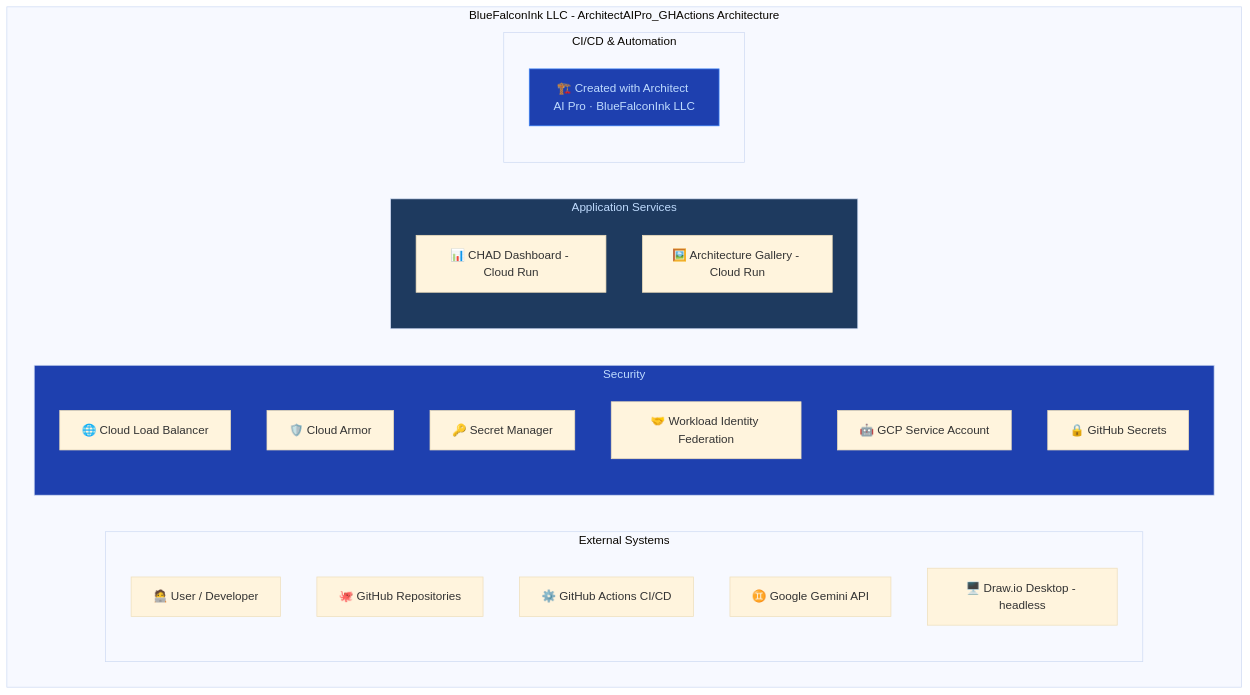
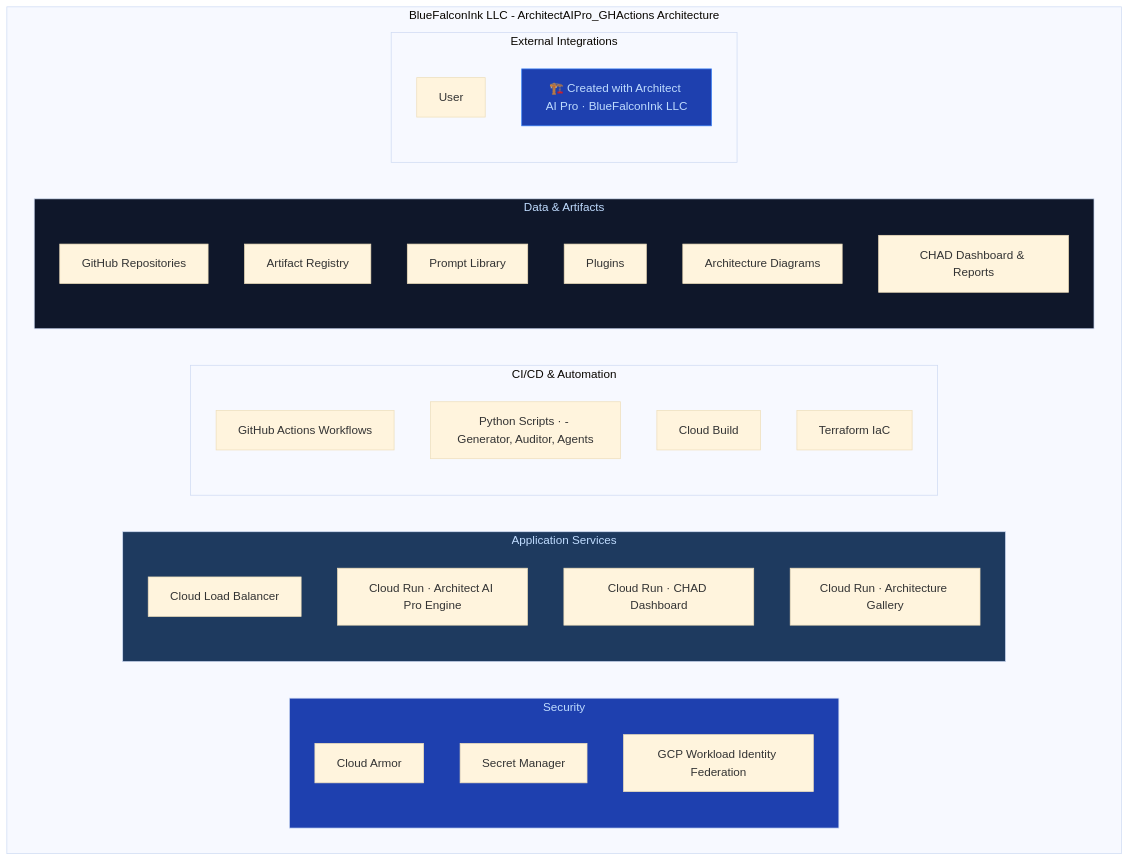
The diagram in docs/architecture.mermaid (koreric75/ArchitectAIPro_GHActions), drawn with Mermaid (base theme) before and after one commit. The commit also changed 3 other files, not shown here.

Commit message:
docs: auto-update architecture diagram via Architect AI Pro [skip ci]

```diff
--- a/docs/architecture.mermaid
+++ b/docs/architecture.mermaid
@@ -1,33 +1,42 @@
 %% Generated by Architect AI Pro | BlueFalconInk LLC
 %% https://architect-ai-pro-mobile-edition-484078543321.us-west1.run.app/
 graph TD
     subgraph BFI_Arch [BlueFalconInk LLC - ArchitectAIPro_GHActions Architecture]
-        subgraph ExternalSG [External Systems]
-            User[🧑‍💻 User / Developer]
-            GitHubRepo[🐙 GitHub Repositories]
-            GitHubActions[⚙️ GitHub Actions CI/CD]
-            GoogleGeminiAPI[♊ Google Gemini API]
-            DrawioDesktop[🖥️ Draw.io Desktop - headless]
-        end
-
         subgraph SecuritySG [Security]
-            style SecuritySG fill:#1E40AF,color:#BFDBFE
-            CloudLoadBalancer[🌐 Cloud Load Balancer]
-            CloudArmor[🛡️ Cloud Armor]
-            SecretManager[🔑 Secret Manager]
-            WIF[🤝 Workload Identity Federation]
-            GCPServiceAccount[🤖 GCP Service Account]
-            GitHubSecrets[🔒 GitHub Secrets]
+            CloudArmor[Cloud Armor]
+            SecretMan[Secret Manager]
+            GCP_WIF[GCP Workload Identity Federation]
         end
 
         subgraph ApplicationSG [Application Services]
-            style ApplicationSG fill:#1E3A5F,color:#BFDBFE
-            CHADDashboard[📊 CHAD Dashboard - Cloud Run]
-            ArchGallery[🖼️ Architecture Gallery - Cloud Run]
+            CLB[Cloud Load Balancer]
+            CR_ArchitectAI[Cloud Run · Architect AI Pro Engine]
+            CR_CHAD[Cloud Run · CHAD Dashboard]
+            CR_Gallery[Cloud Run · Architecture Gallery]
         end
 
-        subgraph CI_CD_DevOpsSG [CI/CD & Automation]
+        subgraph DevOpsSG [CI/CD & Automation]
+            GHActions[GitHub Actions Workflows]
+            PyScripts[Python Scripts · - Generator, Auditor, Agents]
+            CloudBuild[Cloud Build]
+            Terraform[Terraform IaC]
+        end
+
+        subgraph DataSG [Data & Artifacts]
+            GitHub[GitHub Repositories]
+            ArtifactReg[Artifact Registry]
+            PromptLib[Prompt Library]
+            Plugins[Plugins]
+            ArchDiagrams[Architecture Diagrams]
+            CHAD_Outputs[CHAD Dashboard & Reports]
+        end
+
+        subgraph ExternalSG [External Integrations]
+            User
+    style SecuritySG fill:#1E40AF,color:#BFDBFE
+    style ApplicationSG fill:#1E3A5F,color:#BFDBFE
+    style DataSG fill:#0F172A,color:#BFDBFE
     FOOTER[🏗️ Created with Architect AI Pro · BlueFalconInk LLC]
     style FOOTER fill:#1E40AF,color:#BFDBFE,stroke:#3B82F6
     end
     end
```
